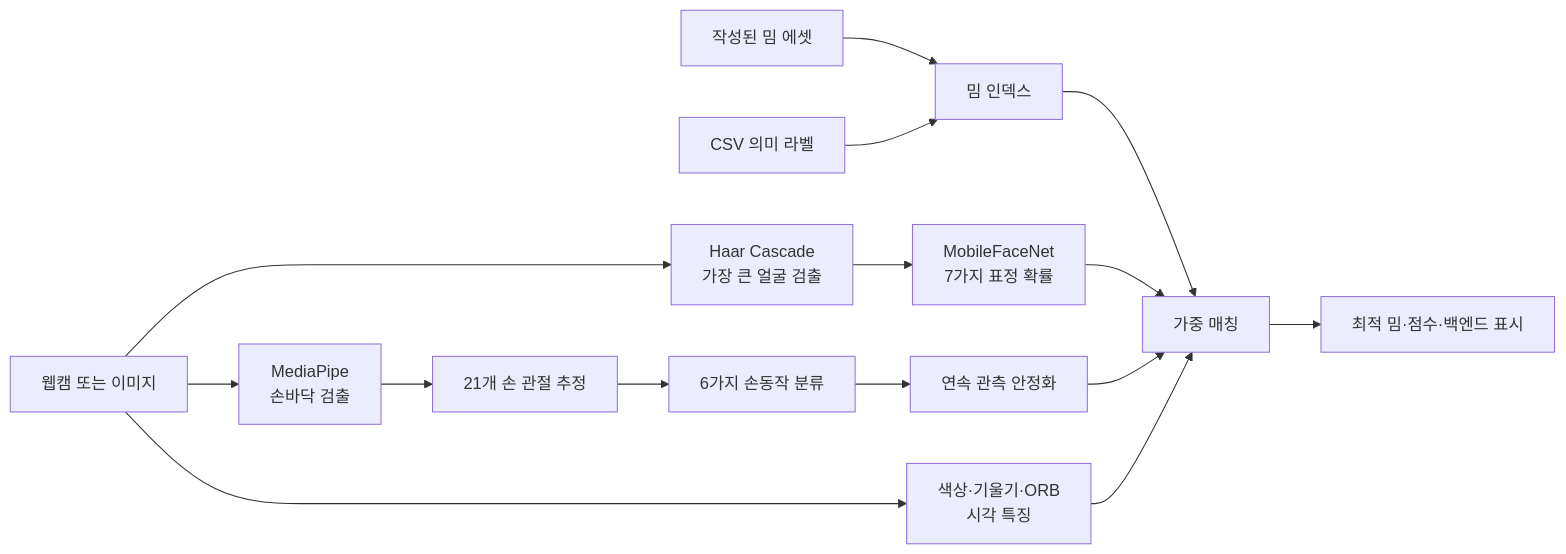
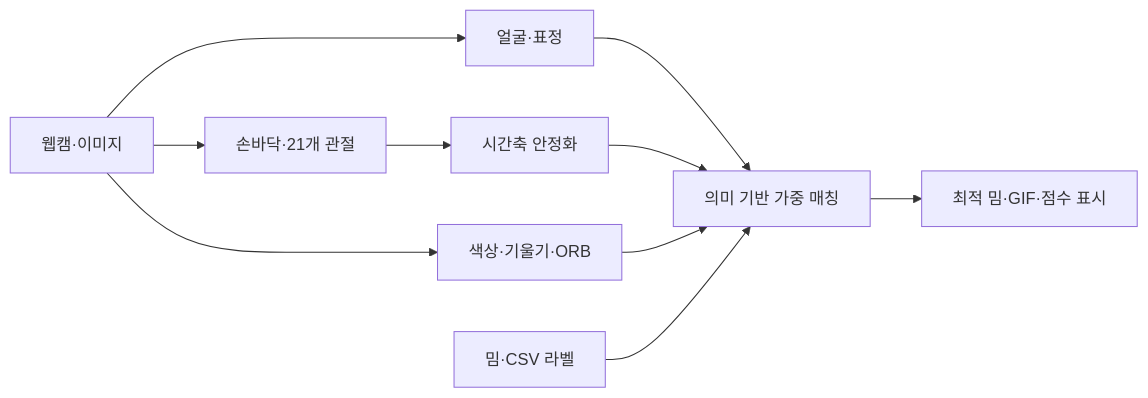
The diagram in _posts/2026-08-28-cat-meme-detector.md (haelime/haelime.github.io), drawn with Mermaid before and after one commit. The commit also changed other lines of this file and 1 other file, not shown here.

````diff
--- a/_posts/2026-08-28-cat-meme-detector.md
+++ b/_posts/2026-08-28-cat-meme-detector.md
@@ -38,22 +23,12 @@
 ```mermaid
 flowchart LR
-    Input[웹캠 또는 이미지]
-
-    Input --> Face[Haar Cascade<br/>가장 큰 얼굴 검출]
-    Face --> Expression[MobileFaceNet<br/>7가지 표정 확률]
-
-    Input --> Palm[MediaPipe<br/>손바닥 검출]
-    Palm --> Pose[21개 손 관절 추정]
-    Pose --> Gesture[6가지 손동작 분류]
-    Gesture --> Stable[연속 관측 안정화]
-
-    Input --> Visual[색상·기울기·ORB<br/>시각 특징]
-
-    Assets[작성된 밈 에셋] --> Index[밈 인덱스]
-    Labels[CSV 의미 라벨] --> Index
-    Index --> Score[가중 매칭]
-    Expression --> Score
-    Stable --> Score
-    Visual --> Score
-    Score --> Result[최적 밈·점수·백엔드 표시]
+    Camera[웹캠·이미지] --> Face[얼굴·표정]
+    Camera --> Hand[손바닥·21개 관절]
+    Camera --> Visual[색상·기울기·ORB]
+    Hand --> Stable[시간축 안정화]
+    Face --> Match[의미 기반 가중 매칭]
+    Stable --> Match
+    Visual --> Match
+    Assets[밈·CSV 라벨] --> Match
+    Match --> Result[최적 밈·GIF·점수 표시]
 ```
````
